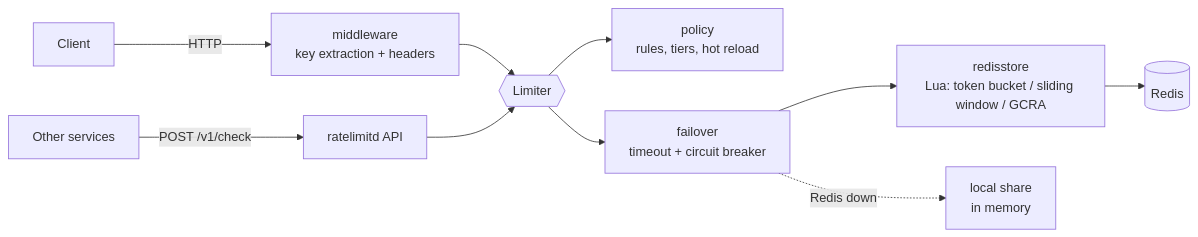
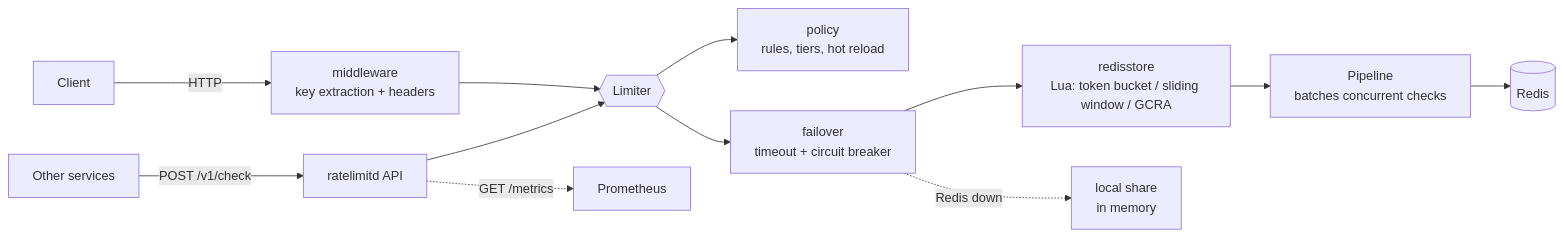
The first of 2 diagrams in README.md (Nguyenngoctruong274/go-ratelimiter), drawn with Mermaid before and after one commit. The commit also changed other lines of this file, not shown here.

First line of the commit message:
docs: document pipelining, its benchmarks and the metrics

````diff
--- a/README.md
+++ b/README.md
@@ -36,11 +36,12 @@
 ```mermaid
 flowchart LR
     C[Client] -->|HTTP| MW[middleware<br/>key extraction + headers]
     MW --> L{{Limiter}}
     S[Other services] -->|POST /v1/check| API[ratelimitd API] --> L
     L --> P[policy<br/>rules, tiers, hot reload]
     L --> FO[failover<br/>timeout + circuit breaker]
     FO --> RS[redisstore<br/>Lua: token bucket / sliding window / GCRA]
-    RS --> R[(Redis)]
+    RS --> PL[Pipeline<br/>batches concurrent checks] --> R[(Redis)]
     FO -. Redis down .-> FB[local share<br/>in memory]
+    API -. GET /metrics .-> M[Prometheus]
 ```
````
